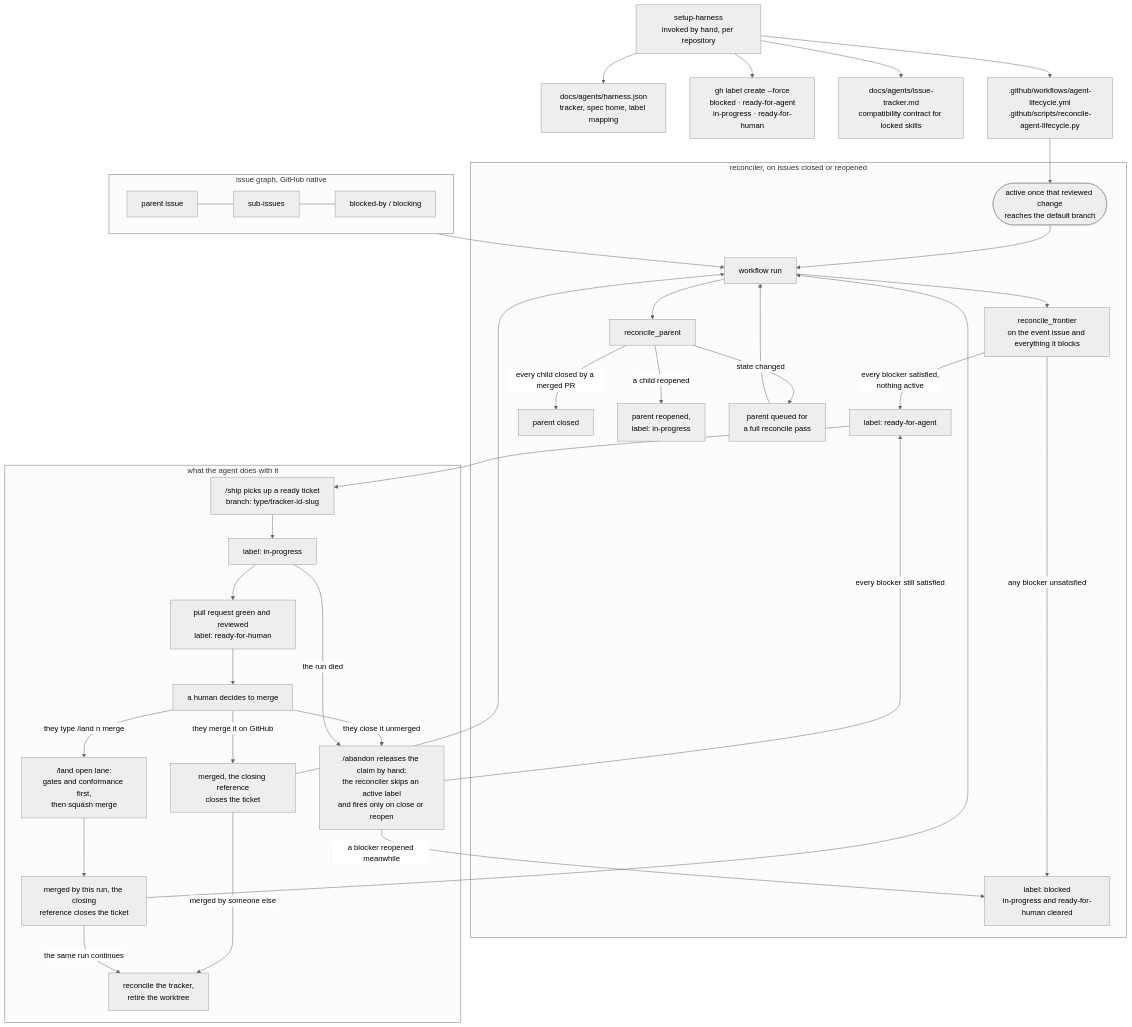
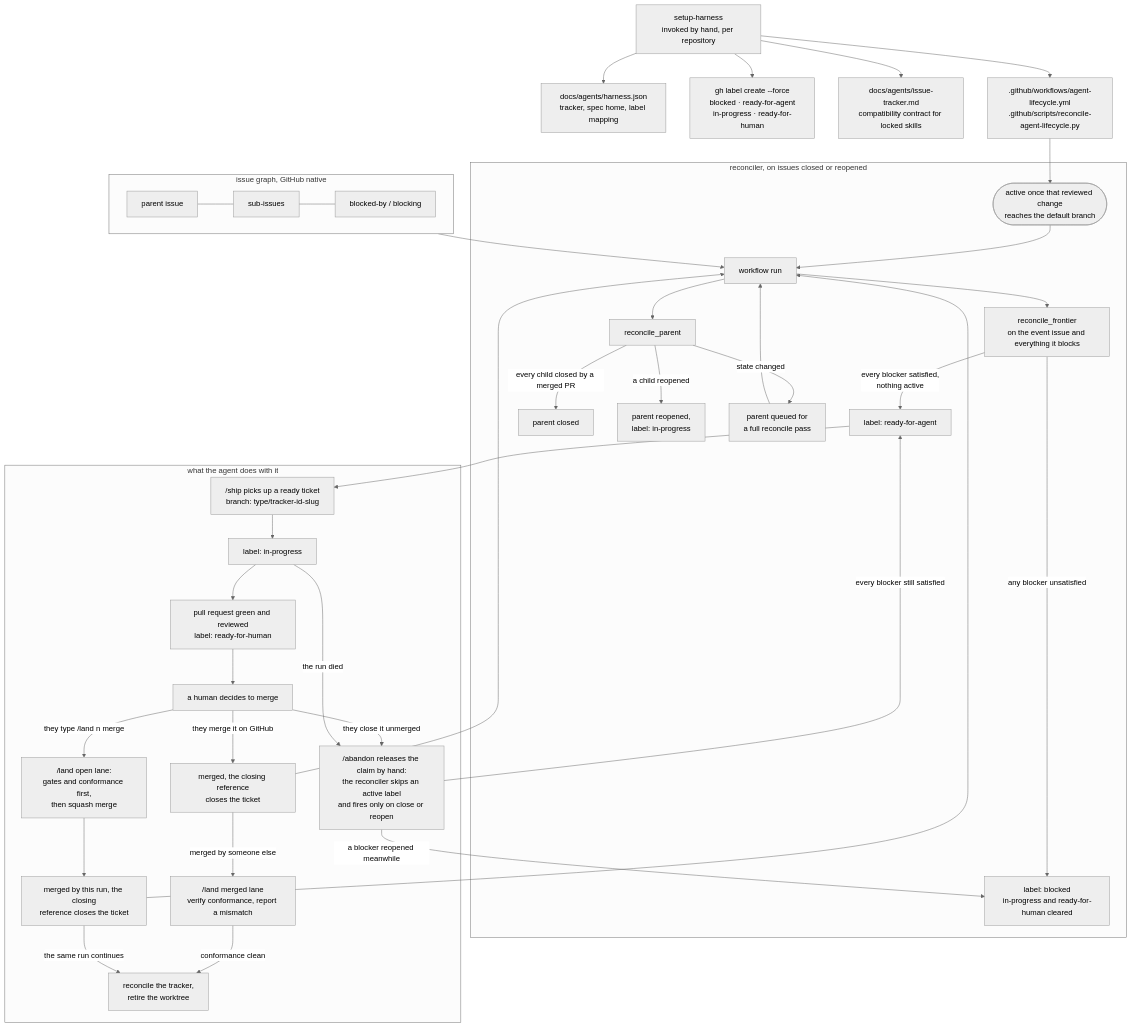
Before and after one commit to jvillegasd/dotfiles: the second of 2 diagrams in harness/README.md, drawn with Mermaid (neutral theme). The commit also changed other lines of this file, not shown here.

First line of the commit message:
docs(harness): clarify diagram edges from review

````diff
--- a/harness/README.md
+++ b/harness/README.md
@@ -282,45 +282,46 @@
 ```mermaid
 flowchart TD
     setup["setup-harness<br>invoked by hand, per repository"] --> config["docs/agents/harness.json<br>tracker, spec home, label mapping"]
     setup --> labels["gh label create --force<br>blocked · ready-for-agent<br>in-progress · ready-for-human"]
     setup --> trackerdoc["docs/agents/issue-tracker.md<br>compatibility contract for locked skills"]
     setup --> files[".github/workflows/agent-lifecycle.yml<br>.github/scripts/reconcile-agent-lifecycle.py"]
     files --> active(["active once that reviewed change<br>reaches the default branch"])
 
     subgraph GRAPH["issue graph, GitHub native"]
         parent["parent issue"] --- children["sub-issues"]
         children --- deps["blocked-by / blocking"]
     end
 
     subgraph RUN["reconciler, on issues closed or reopened"]
         active --> trigger["workflow run"]
         trigger --> frontier["reconcile_frontier<br>on the event issue and everything it blocks"]
         frontier -->|any blocker unsatisfied| blocked["label: blocked<br>in-progress and ready-for-human cleared"]
         frontier -->|every blocker satisfied,<br>nothing active| ready["label: ready-for-agent"]
         trigger --> parentstate["reconcile_parent"]
         parentstate -->|every child closed by a merged PR| closeparent["parent closed"]
         parentstate -->|a child reopened| reopenparent["parent reopened,<br>label: in-progress"]
         parentstate -->|state changed| parentqueue["parent queued for<br>a full reconcile pass"]
         parentqueue --> trigger
     end
 
     GRAPH --> trigger
 
     subgraph AGENT["what the agent does with it"]
         ready --> ship["/ship picks up a ready ticket<br>branch: type/tracker-id-slug"]
         ship --> inprogress["label: in-progress"]
         inprogress --> prready["pull request green and reviewed<br>label: ready-for-human"]
         prready --> humanmerge["a human decides to merge"]
         humanmerge -->|they merge it on GitHub| merged["merged, the closing reference<br>closes the ticket"]
         humanmerge -->|they type /land n merge| landopen["/land open lane:<br>gates and conformance first,<br>then squash merge"]
         landopen --> mergedself["merged by this run, the closing<br>reference closes the ticket"]
         mergedself --> trigger
         merged --> trigger
-        merged -->|merged by someone else| landtail["reconcile the tracker,<br>retire the worktree"]
+        merged -->|merged by someone else| landmerged["/land merged lane<br>verify conformance, report a mismatch"]
+        landmerged -->|conformance clean| landtail["reconcile the tracker,<br>retire the worktree"]
         mergedself -->|the same run continues| landtail
         humanmerge -->|they close it unmerged| abandonlabel["/abandon releases the claim by hand:<br>the reconciler skips an active label<br>and fires only on close or reopen"]
         inprogress -->|the run died| abandonlabel
         abandonlabel -->|every blocker still satisfied| ready
         abandonlabel -->|a blocker reopened meanwhile| blocked
     end
 ```
````
